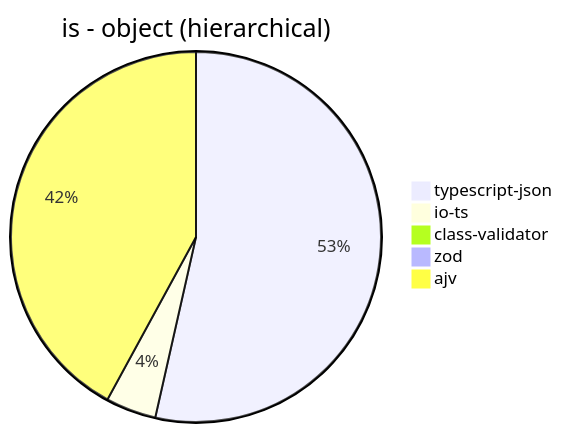
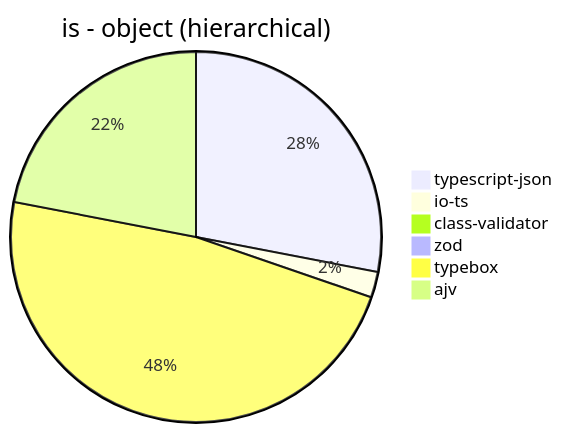
Before and after one commit to samchon/typia: the first of 39 diagrams in benchmark/results/AMD Ryzen 7 5800H with Radeon Graphics.md, drawn with Mermaid. The commit also changed other lines of this file and 6 other files, not shown here.

````diff
--- a/benchmark/results/AMD Ryzen 7 5800H with Radeon Graphics.md
+++ b/benchmark/results/AMD Ryzen 7 5800H with Radeon Graphics.md
@@ -21,8 +21,9 @@
 ```mermaid
 pie title is - object (hierarchical)
-  "typescript-json": 109854.2795232936
-  "io-ts": 9039.522058823528
-  "class-validator": 58.27067669172932
-  "zod": 395.855472901169
-  "ajv": 86310.66545123063
+  "typescript-json": 109426.97247706422
+  "io-ts": 8741.385698406817
+  "class-validator": 58.99332491430633
+  "zod": 401.89469848788485
+  "typebox": 186383.75766586137
+  "ajv": 85754.77647931738
 ```
````
